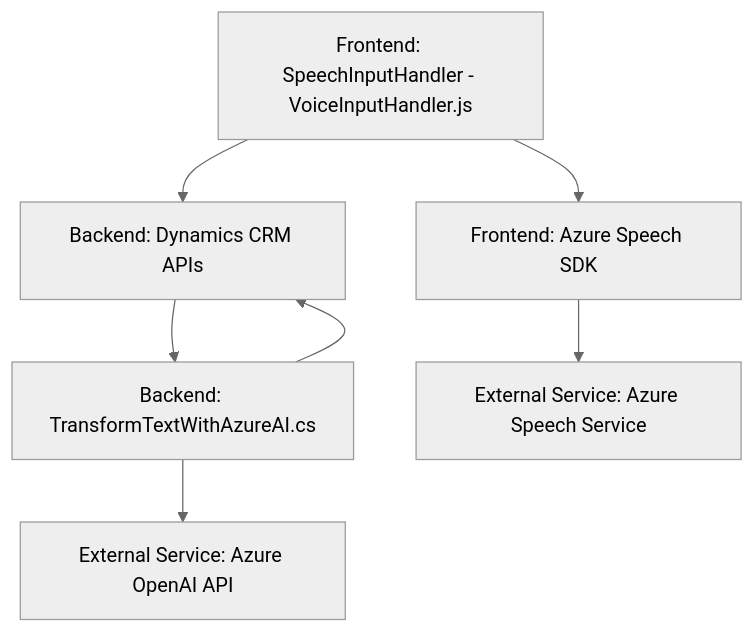
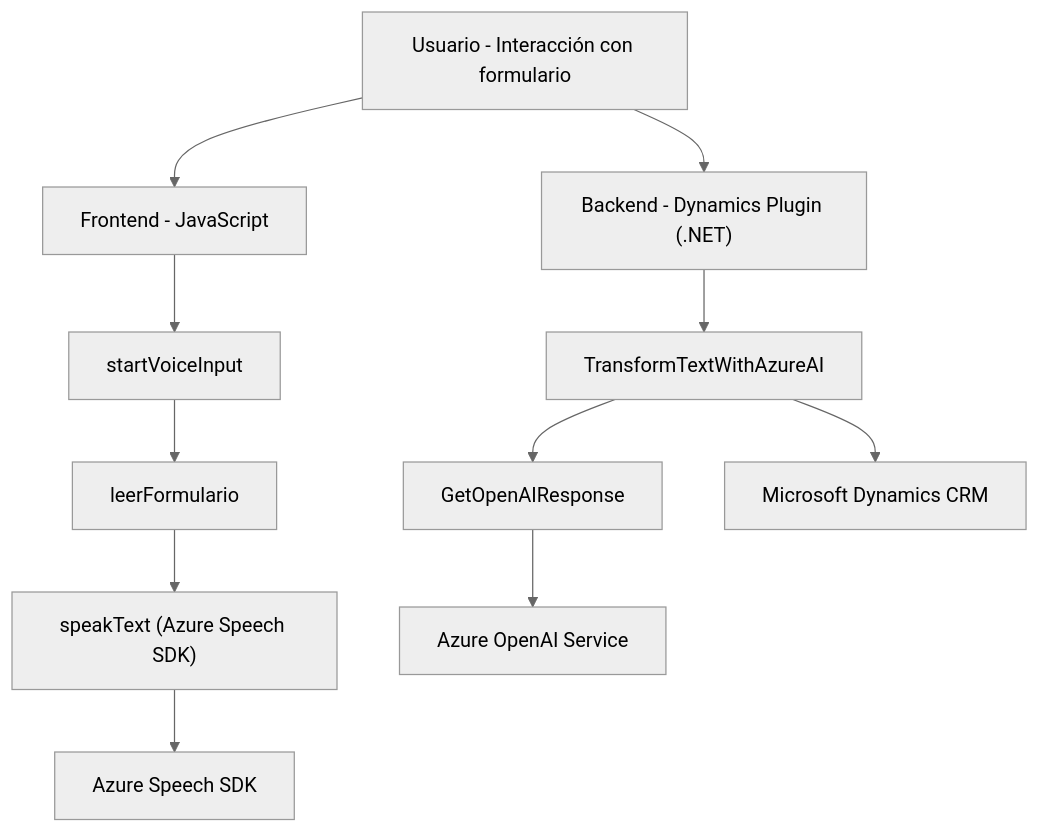
The diagram in README.md (blopezdm/NETCORE_BILBAO2025), drawn with Mermaid (neutral theme) before and after one commit. The commit also changed other lines of this file, not shown here.

Commit message:
Actualizar análisis global de la solución con IA

````diff
--- a/README.md
+++ b/README.md
@@ -60,16 +23,25 @@
 ```mermaid
 graph TD
-    A["Frontend: SpeechInputHandler - VoiceInputHandler.js"]
-    B["Frontend: Azure Speech SDK"]
-    C["Backend: TransformTextWithAzureAI.cs"]
-    D["Backend: Dynamics CRM APIs"]
-    E["External Service: Azure OpenAI API"]
-    F["External Service: Azure Speech Service"]
+  A["Usuario - Interacción con formulario"]
+  B["Frontend - JavaScript"]
+  C["startVoiceInput"]
+  D["leerFormulario"]
+  E["speakText (Azure Speech SDK)"]
+  F["Backend - Dynamics Plugin (.NET)"]
+  G["TransformTextWithAzureAI"]
+  H["GetOpenAIResponse"]
+  I["Microsoft Dynamics CRM"]
+  J["Azure OpenAI Service"]
+  K["Azure Speech SDK"]
 
-    A --> B
-    A --> D
-    B --> F
-    C --> E
-    C --> D
-    D --> C
+  A --> B
+  B --> C
+  C --> D
+  D --> E
+  E --> K
+  A --> F
+  F --> G
+  G --> H
+  G --> I
+  H --> J
 ```
````
